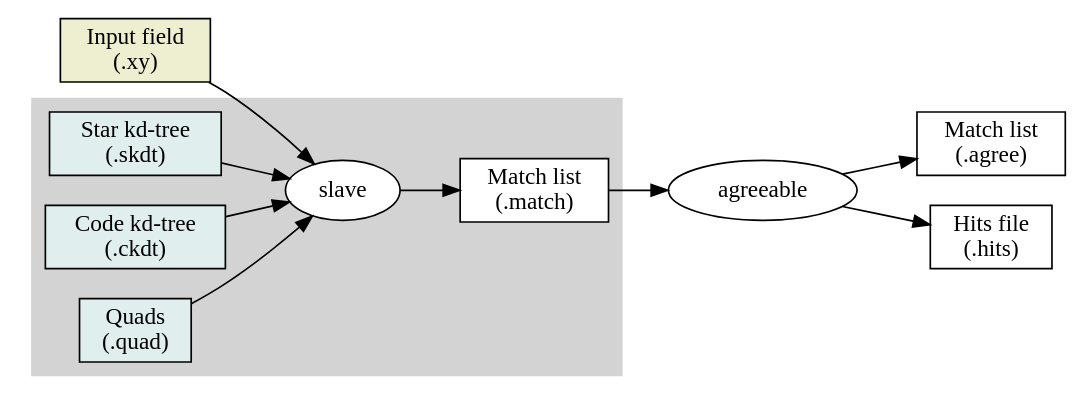
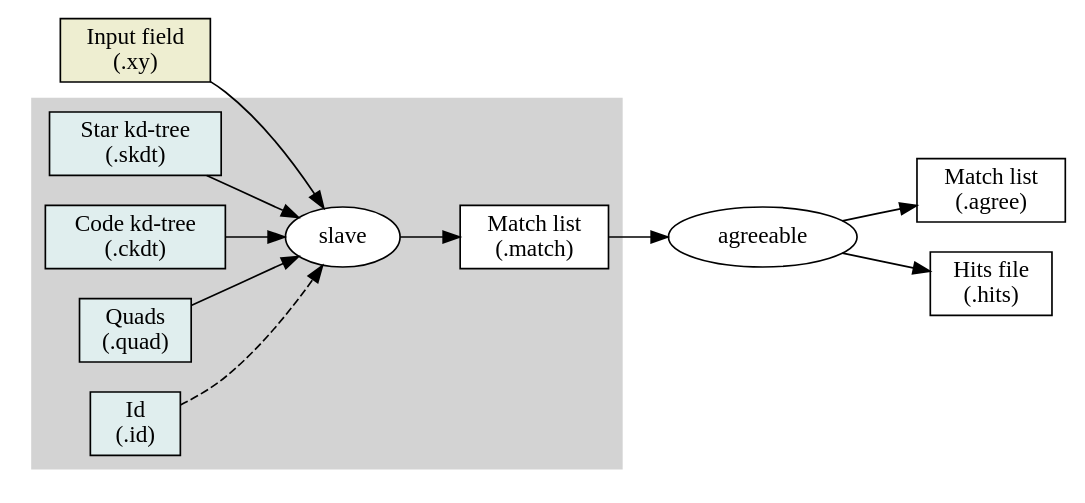
Before and after one commit to blackball/an-test6: the diagram in src/quads/pipeline2.dot, drawn with Graphviz. The commit also changed 4 other files, not shown here.

```diff
--- a/src/quads/pipeline2.dot
+++ b/src/quads/pipeline2.dot
@@ -1,44 +1,41 @@
 graph solvepipeline {
 	graph [ rankdir = LR ];
 	node [ shape=box ];
 	edge [ dir=forward ];
 	node [ style=filled, fillcolor=lightyellow2 ];
 	xyls [ label="Input field\n(.xy)" ];
 	subgraph cluster_0 {
 		style=filled;
 		color=lightgrey;
 		node [ style=filled, fillcolor=azure2 ];
 		skdt [ label="Star kd-tree\n(.skdt)" ];
 		ckdt [ label="Code kd-tree\n(.ckdt)" ];
 		quad [ label="Quads\n(.quad)" ];
+		id [ label="Id\n(.id)" ];
 		node [ style=filled, fillcolor=white ];
 		match [ label="Match list\n(.match)" ];
 
 		node [ shape=ellipse ];
 		slave [ label="slave" ];
 
 		skdt -- slave
 		ckdt -- slave
 		quad -- slave
+		id -- slave [ style=dashed ];
 
 		slave -- match
 	} 
 	xyls -- slave
 	node [ shape=box fillcolor=white ];
 	agree [ label="Match list\n(.agree)" ];
 	hits [ label="Hits file\n(.hits)" ];
 	
 	node [ shape=ellipse ];
 	match -- agreeable
 	agreeable -- agree
 	agreeable -- hits
 }
 
 // render with:
 //   dot -Tps2 -o pipeline2.eps pipeline2.dot
 //   epstopng pipeline2.eps
-
-// to get bounding box:
-//   gs -q -dNOPAUSE -dBATCH -dTextAlphaBits=4 -dGraphicsAlphaBits=4 -sDEVICE=bbox pipeline2.ps
-// to render as png:
-//   gs -q -dNOPAUSE -dBATCH -dTextAlphaBits=4 -dGraphicsAlphaBits=4 -sDEVICE=png16m -sOutputFile=pipeline2.png -g355x225 pipeline2.ps
```
